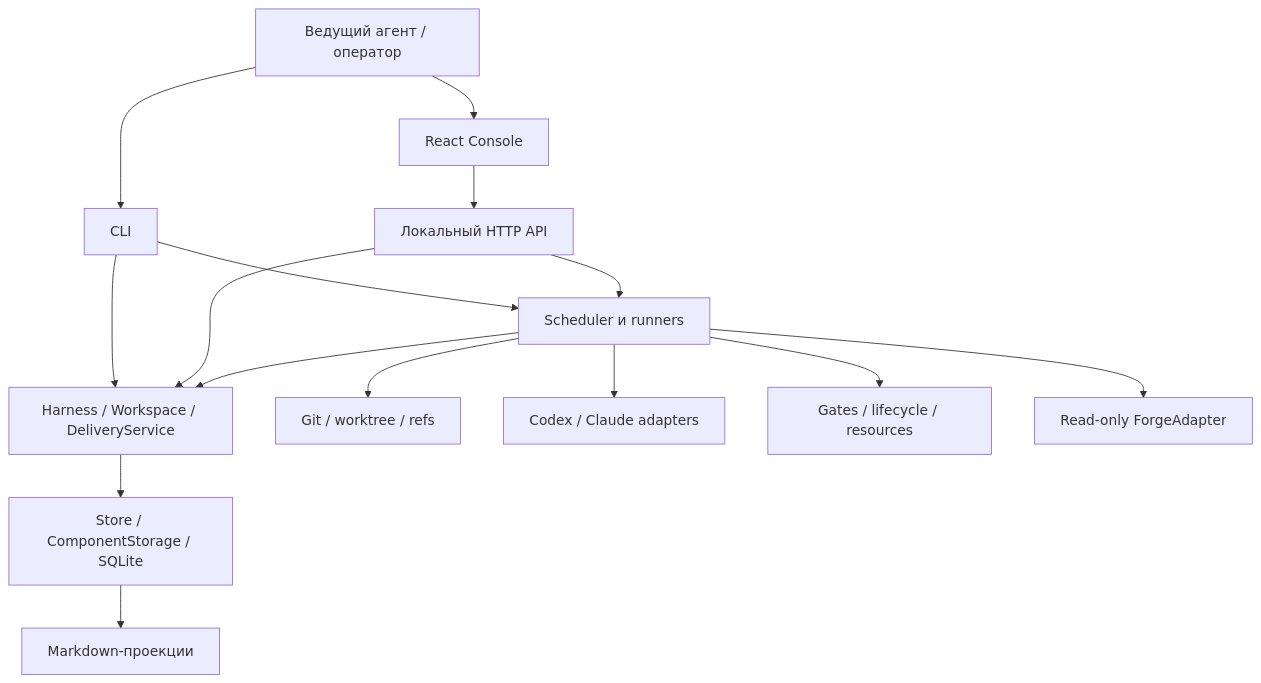
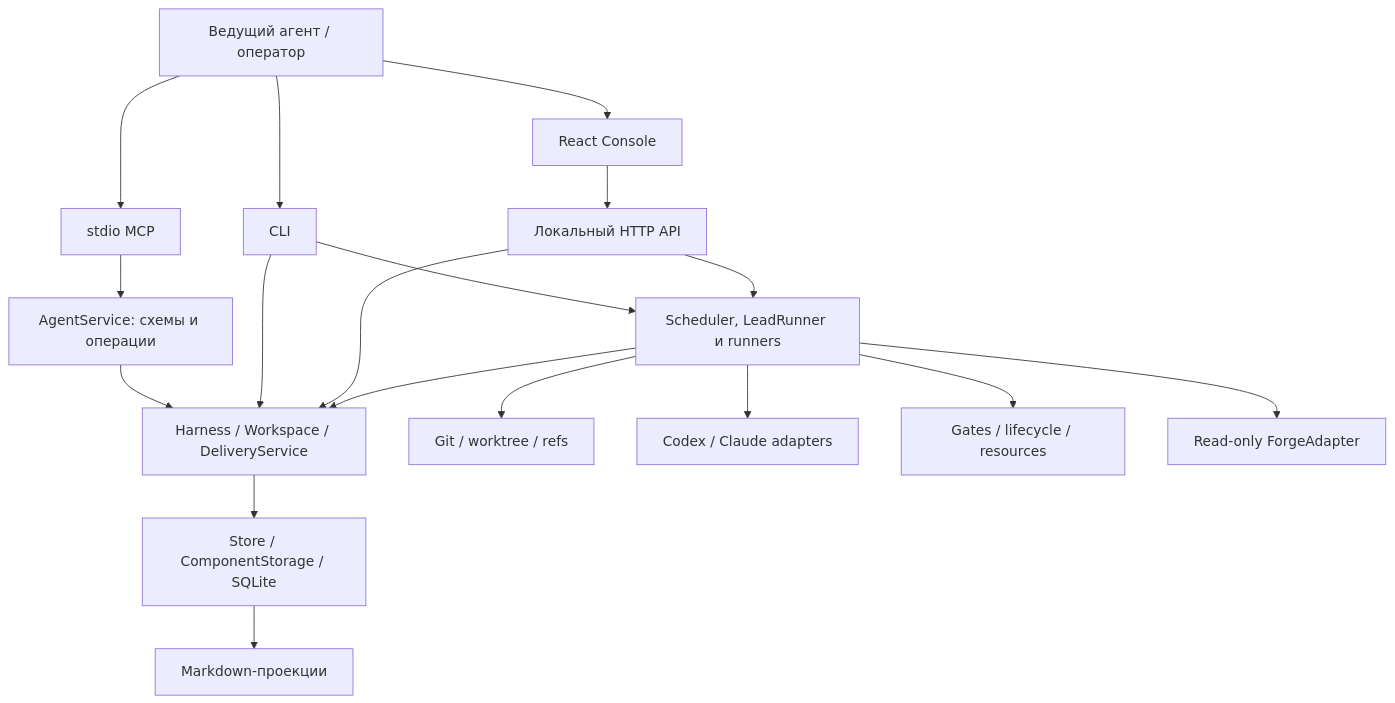
The first of 2 diagrams in docs/architecture.md (step1ov/devcontour), drawn with Mermaid before and after one commit. The commit also changed other lines of this file and 25 other files, not shown here.

````diff
--- a/docs/architecture.md
+++ b/docs/architecture.md
@@ -7,17 +7,20 @@
 ```mermaid
 flowchart TD
   Lead[Ведущий агент / оператор] --> CLI[CLI]
+  Lead --> MCP[stdio MCP]
+  MCP --> AgentAPI[AgentService: схемы и операции]
+  AgentAPI --> Core
   Lead --> UI[React Console]
   UI --> HTTP[Локальный HTTP API]
   CLI --> Core[Harness / Workspace / DeliveryService]
   HTTP --> Core
   Core --> Store[Store / ComponentStorage / SQLite]
-  CLI --> Runner[Scheduler и runners]
+  CLI --> Runner[Scheduler, LeadRunner и runners]
   HTTP --> Runner
   Runner --> Core
   Runner --> Git[Git / worktree / refs]
   Runner --> Runtime[Codex / Claude adapters]
   Runner --> Checks[Gates / lifecycle / resources]
   Runner --> Forge[Read-only ForgeAdapter]
   Store --> Journal[Markdown-проекции]
 ```
````
